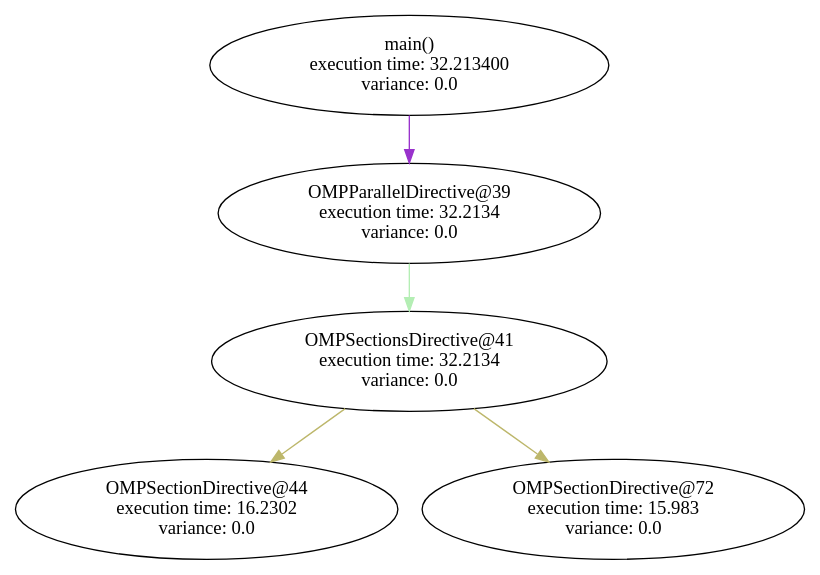
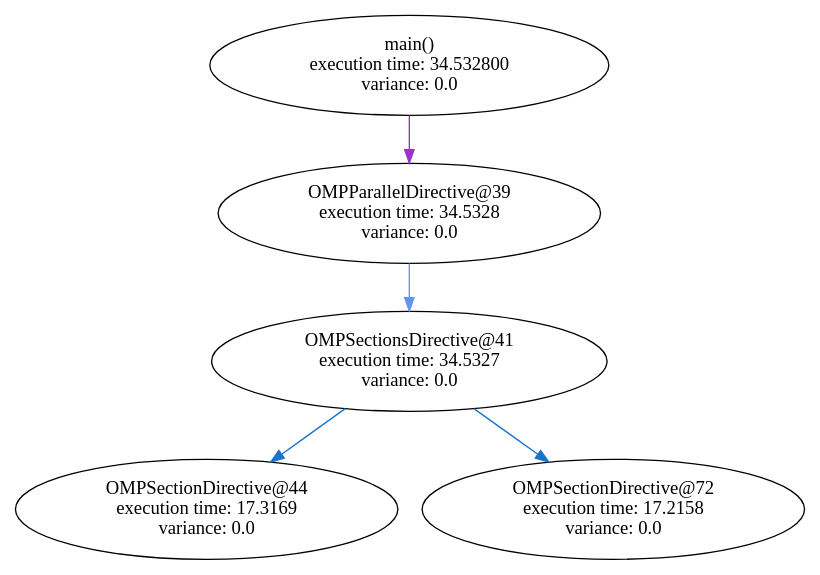
The diagram in graph_sched/graphs/main_code.dot (filippobrizzi/soma), drawn with Graphviz before and after one commit. The commit also changed 12 other files, not shown here.

```diff
--- a/graph_sched/graphs/main_code.dot
+++ b/graph_sched/graphs/main_code.dot
@@ -1,32 +1,32 @@
 digraph G {
 	graph [bb="0,0,500,412"];
 	node [label="\N"];
 	main	 [height=1.041,
-		label="main()\n execution time: 32.213400\nvariance: 0.0",
+		label="main()\n execution time: 34.532800\nvariance: 0.0",
 		pos="250,374",
 		width=3.4507];
 	"OMPParallelDirective@39"	 [height=1.041,
-		label="OMPParallelDirective@39\n execution time: 32.2134\nvariance: 0.0",
+		label="OMPParallelDirective@39\n execution time: 34.5328\nvariance: 0.0",
 		pos="250,262",
 		width=3.346];
-	main -> "OMPParallelDirective@39"	 [color=darkorchid,
+	main -> "OMPParallelDirective@39"	 [color=darkorchid3,
 		pos="e,250,299.84 250,336.37 250,327.93 250,318.83 250,310.01"];
 	"OMPSectionsDirective@41"	 [height=1.041,
-		label="OMPSectionsDirective@41\n execution time: 32.2134\nvariance: 0.0",
+		label="OMPSectionsDirective@41\n execution time: 34.5327\nvariance: 0.0",
 		pos="250,150",
 		width=3.4507];
-	"OMPParallelDirective@39" -> "OMPSectionsDirective@41"	 [color=darkseagreen2,
+	"OMPParallelDirective@39" -> "OMPSectionsDirective@41"	 [color=cornflowerblue,
 		pos="e,250,187.84 250,224.37 250,215.93 250,206.83 250,198.01"];
 	"OMPSectionDirective@44"	 [height=1.041,
-		label="OMPSectionDirective@44\n execution time: 16.2302\nvariance: 0.0",
+		label="OMPSectionDirective@44\n execution time: 17.3169\nvariance: 0.0",
 		pos="120,38",
 		width=3.346];
-	"OMPSectionsDirective@41" -> "OMPSectionDirective@44"	 [color=darkkhaki,
+	"OMPSectionsDirective@41" -> "OMPSectionDirective@44"	 [color=dodgerblue3,
 		pos="e,160.63,73.38 209.22,114.5 196.28,103.54 181.83,91.32 168.4,79.956"];
 	"OMPSectionDirective@72"	 [height=1.041,
-		label="OMPSectionDirective@72\n execution time: 15.983\nvariance: 0.0",
+		label="OMPSectionDirective@72\n execution time: 17.2158\nvariance: 0.0",
 		pos="380,38",
 		width=3.346];
-	"OMPSectionsDirective@41" -> "OMPSectionDirective@72"	 [color=darkkhaki,
+	"OMPSectionsDirective@41" -> "OMPSectionDirective@72"	 [color=dodgerblue3,
 		pos="e,339.37,73.38 290.78,114.5 303.72,103.54 318.17,91.32 331.6,79.956"];
 }
```
